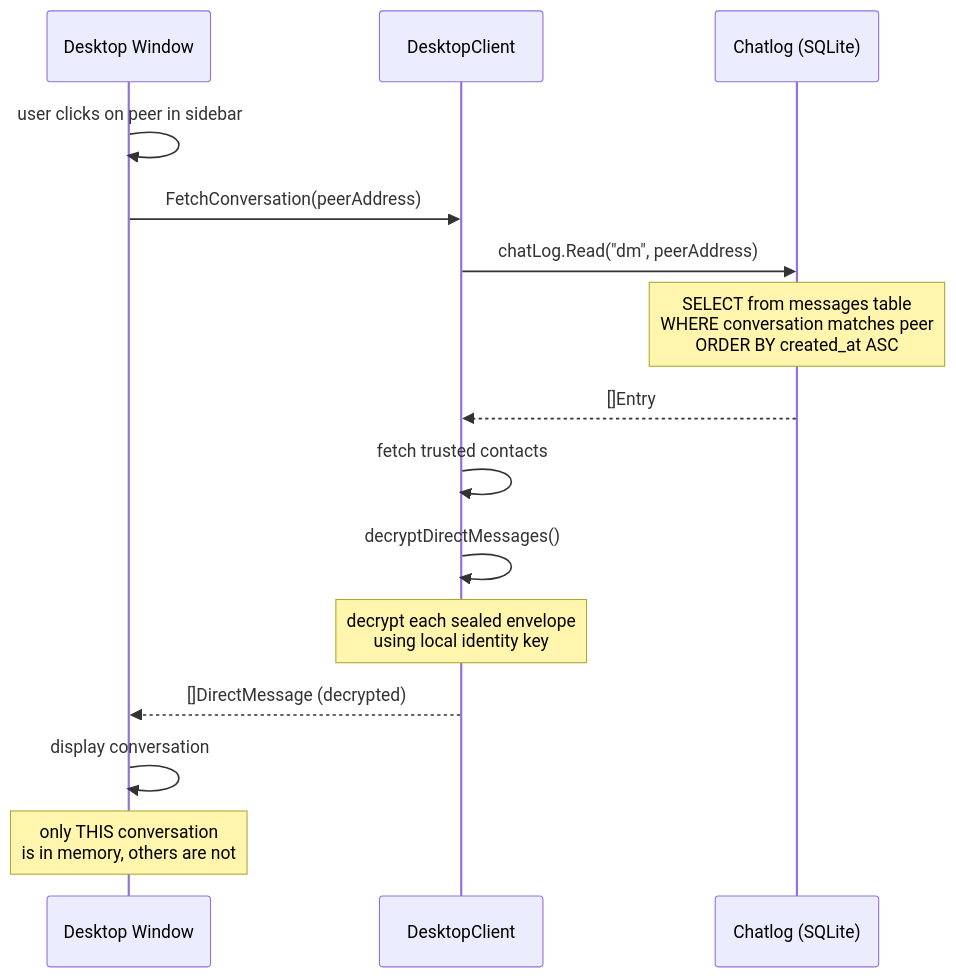
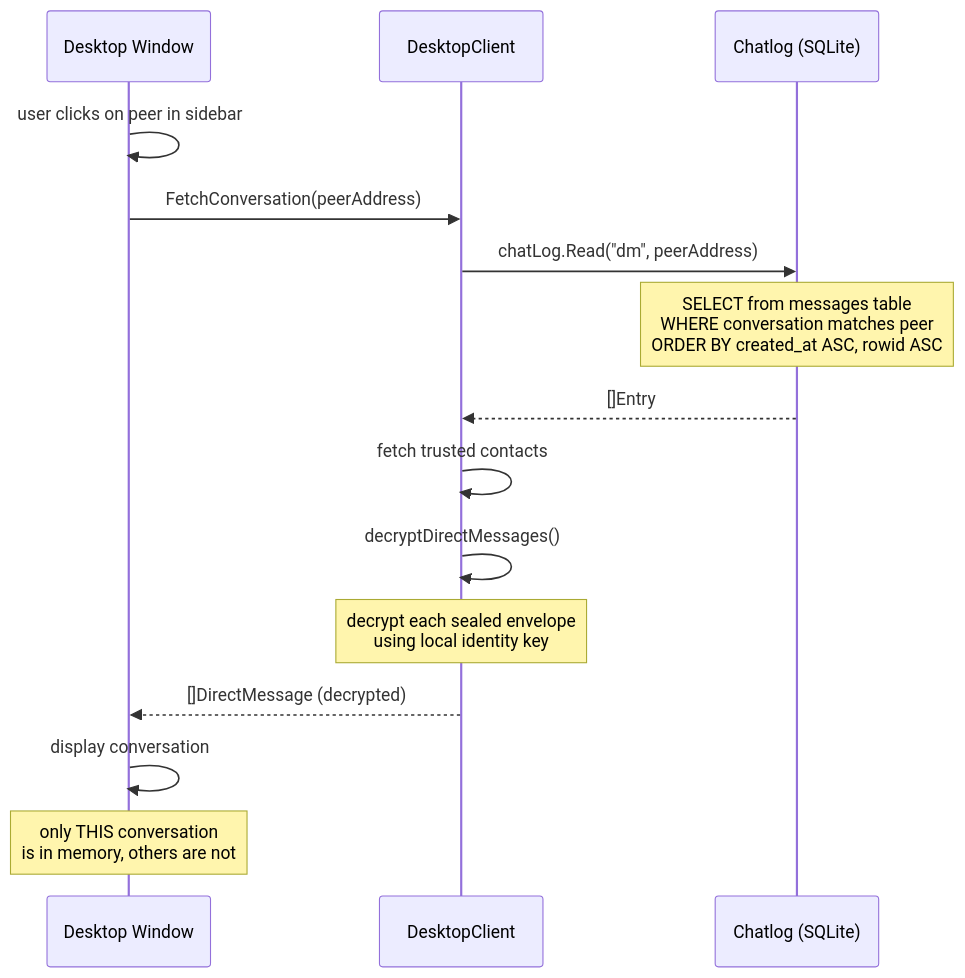
The fifth of 16 diagrams in docs/chatlog.md (piratecash/corsa), drawn with Mermaid before and after one commit. The commit also changed other lines of this file and 19 other files, not shown here.

````diff
--- a/docs/chatlog.md
+++ b/docs/chatlog.md
@@ -141,18 +141,18 @@
 ```mermaid
 sequenceDiagram
     participant UI as Desktop Window
     participant SVC as DesktopClient
     participant LOG as Chatlog (SQLite)
 
     UI->>UI: user clicks on peer in sidebar
     UI->>SVC: FetchConversation(peerAddress)
     SVC->>LOG: chatLog.Read("dm", peerAddress)
-    Note over LOG: SELECT from messages table<br/>WHERE conversation matches peer<br/>ORDER BY created_at ASC
+    Note over LOG: SELECT from messages table<br/>WHERE conversation matches peer<br/>ORDER BY created_at ASC, rowid ASC
     LOG-->>SVC: []Entry
     SVC->>SVC: fetch trusted contacts
     SVC->>SVC: decryptDirectMessages()
     Note over SVC: decrypt each sealed envelope<br/>using local identity key
     SVC-->>UI: []DirectMessage (decrypted)
     UI->>UI: display conversation
     Note over UI: only THIS conversation<br/>is in memory, others are not
 ```
````
